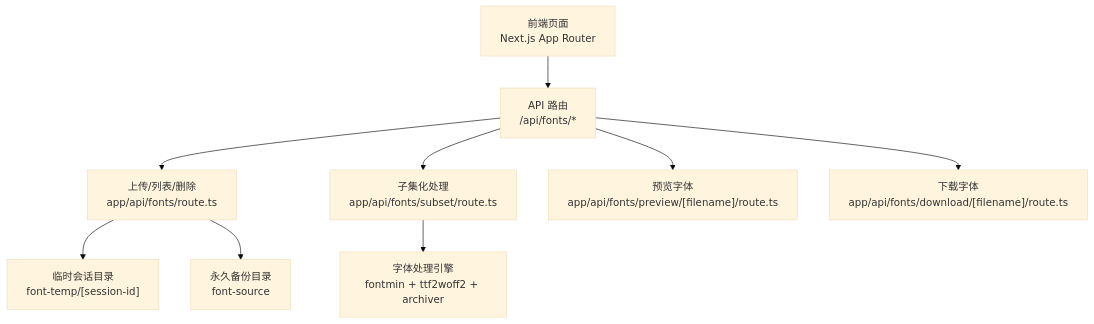
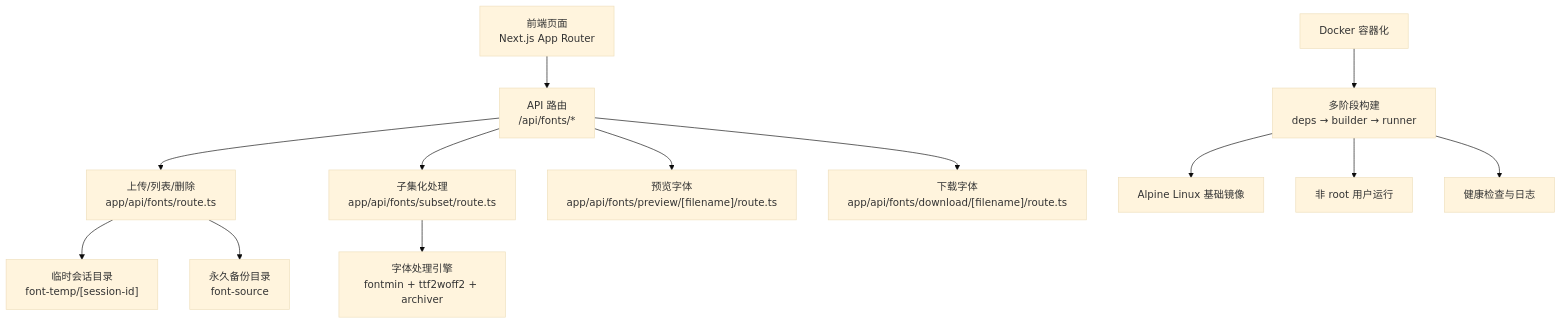
Before and after one commit to tutusiji/FontMinify: the first of 6 diagrams in .qoder/repowiki/zh/content/部署运维/部署运维.md, drawn with Mermaid (base theme). The commit also changed other lines of this file and 12 other files, not shown here.

````diff
--- a/.qoder/repowiki/zh/content/部署运维/部署运维.md
+++ b/.qoder/repowiki/zh/content/部署运维/部署运维.md
@@ -41,11 +55,15 @@
 ```mermaid
 graph TB
 A["前端页面<br/>Next.js App Router"] --> B["API 路由<br/>/api/fonts/*"]
 B --> C["上传/列表/删除<br/>app/api/fonts/route.ts"]
 B --> D["子集化处理<br/>app/api/fonts/subset/route.ts"]
 B --> E["预览字体<br/>app/api/fonts/preview/[filename]/route.ts"]
 B --> F["下载字体<br/>app/api/fonts/download/[filename]/route.ts"]
 D --> G["字体处理引擎<br/>fontmin + ttf2woff2 + archiver"]
 C --> H["临时会话目录<br/>font-temp/[session-id]"]
 C --> I["永久备份目录<br/>font-source"]
+J["Docker 容器化"] --> K["多阶段构建<br/>deps → builder → runner"]
+K --> L["Alpine Linux 基础镜像"]
+K --> M["非 root 用户运行"]
+K --> N["健康检查与日志"]
 ```
````
